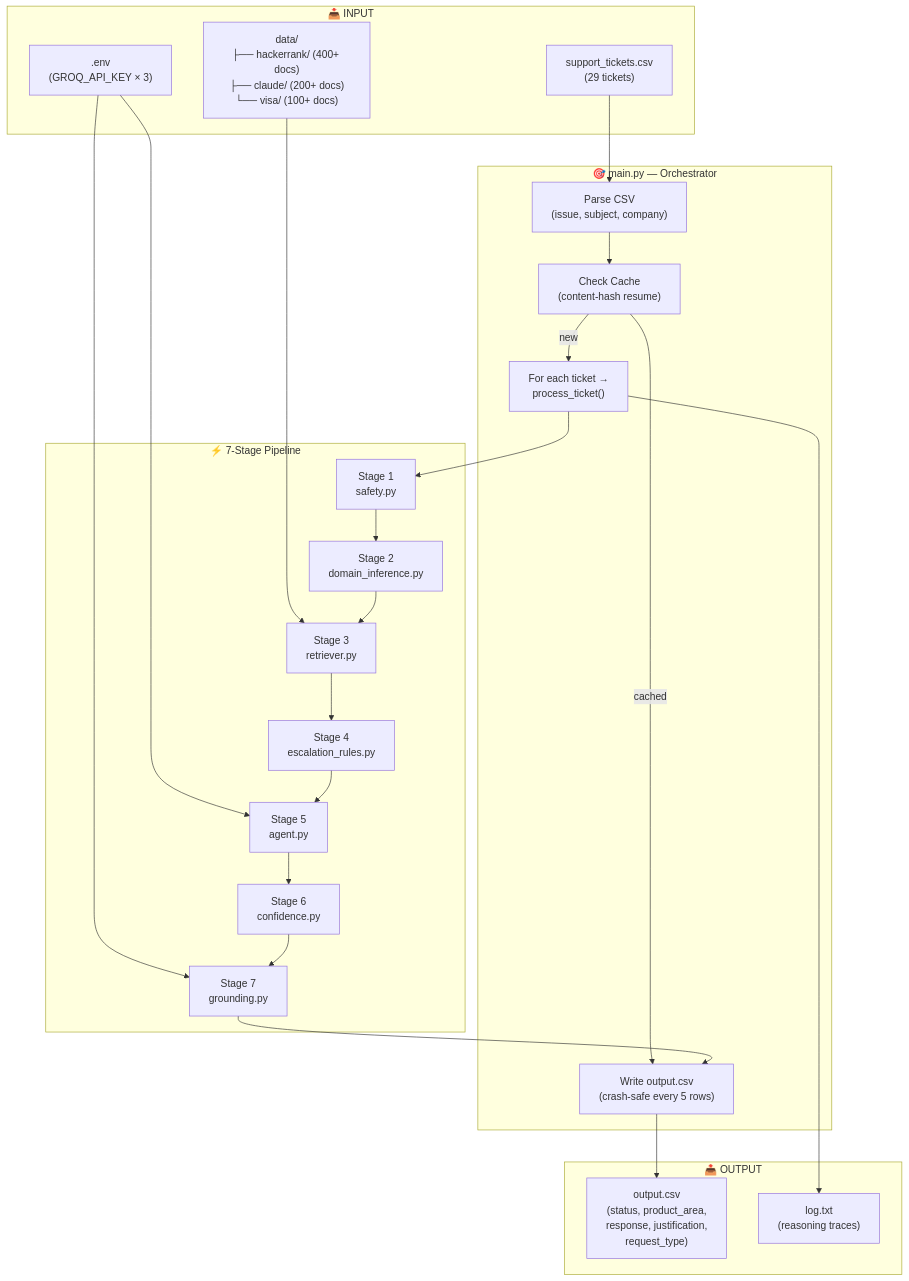
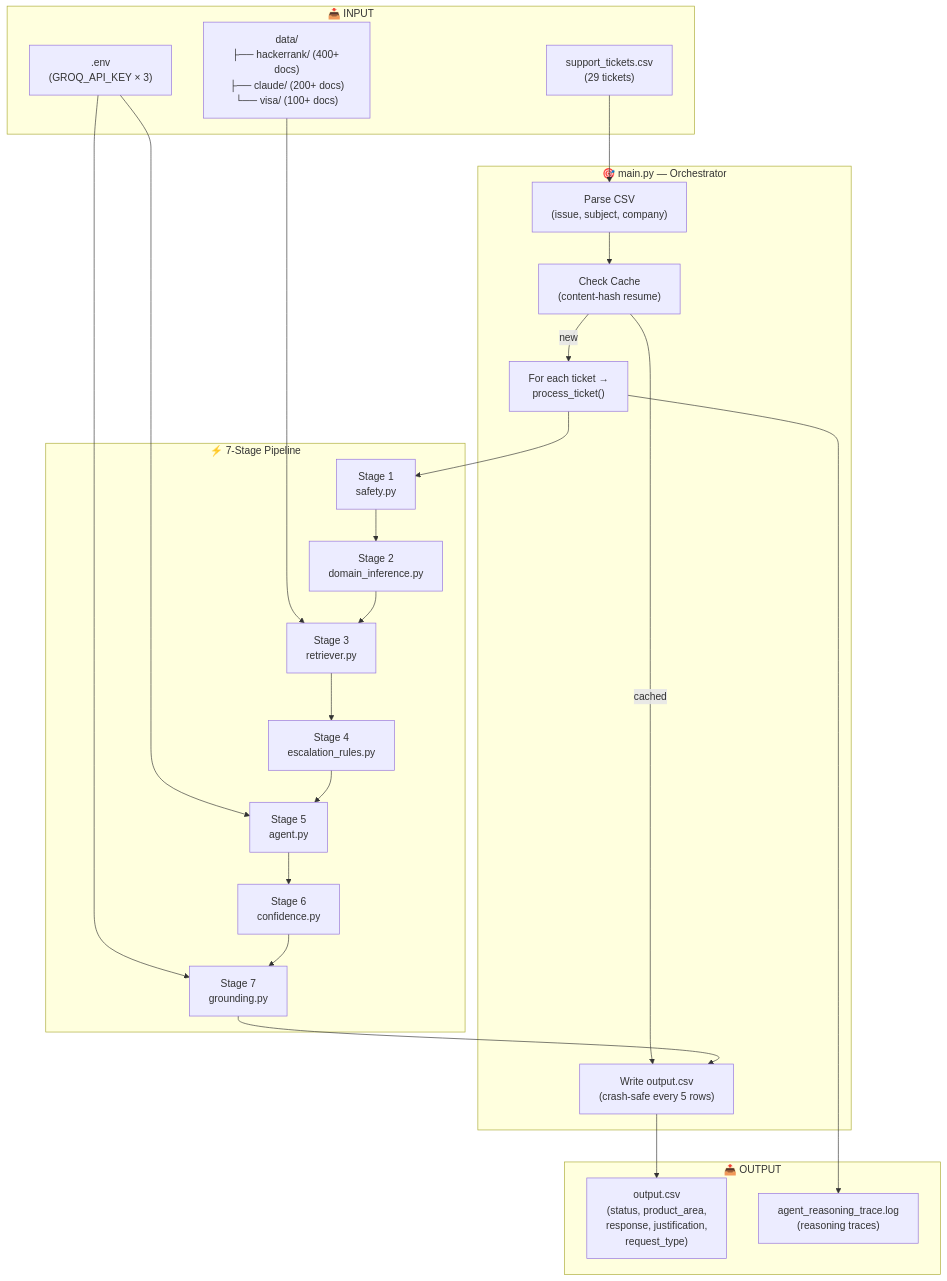
One commit to sakibul-shovon/hackerrank-orchestrate-may26 changed the first of 9 diagrams in code/design.md. Above: the diagram before and after it, drawn with Mermaid. The commit also changed 7 other files, not shown here.

First line of the commit message:
Use agent_reasoning_trace log and coerce fields

````diff
--- a/code/design.md
+++ b/code/design.md
@@ -5,48 +5,48 @@
 ```mermaid
 flowchart TD
     subgraph INPUT["📥 INPUT"]
         CSV["support_tickets.csv\n(29 tickets)"]
         DATA["data/\n├── hackerrank/ (400+ docs)\n├── claude/ (200+ docs)\n└── visa/ (100+ docs)"]
         ENV[".env\n(GROQ_API_KEY × 3)"]
     end
 
     subgraph MAIN["🎯 main.py — Orchestrator"]
         PARSE["Parse CSV\n(issue, subject, company)"]
         CACHE["Check Cache\n(content-hash resume)"]
         LOOP["For each ticket →\nprocess_ticket()"]
         WRITE["Write output.csv\n(crash-safe every 5 rows)"]
     end
 
     subgraph PIPELINE["⚡ 7-Stage Pipeline"]
         S1["Stage 1\nsafety.py"]
         S2["Stage 2\ndomain_inference.py"]
         S3["Stage 3\nretriever.py"]
         S4["Stage 4\nescalation_rules.py"]
         S5["Stage 5\nagent.py"]
         S6["Stage 6\nconfidence.py"]
         S7["Stage 7\ngrounding.py"]
     end
 
     subgraph OUTPUT["📤 OUTPUT"]
         OUT["output.csv\n(status, product_area,\nresponse, justification,\nrequest_type)"]
-        LOG["log.txt\n(reasoning traces)"]
+        LOG["agent_reasoning_trace.log\n(reasoning traces)"]
     end
 
     CSV --> PARSE
     DATA --> S3
     ENV --> S5
     ENV --> S7
     PARSE --> CACHE
     CACHE -->|"cached"| WRITE
     CACHE -->|"new"| LOOP
     LOOP --> S1
     S1 --> S2
     S2 --> S3
     S3 --> S4
     S4 --> S5
     S5 --> S6
     S6 --> S7
     S7 --> WRITE
     WRITE --> OUT
     LOOP --> LOG
 ```
````
